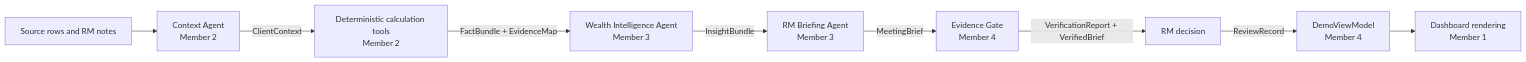
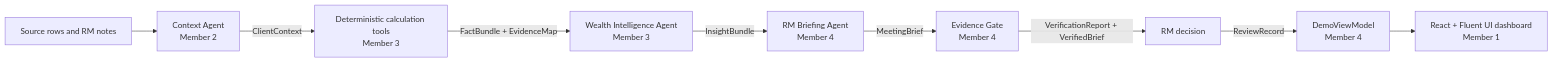
The second of 4 diagrams in docs/PRD_TEAMS_RM_INTELLIGENCE.md (choiwab/SingHacks-2026), drawn with Mermaid before and after one commit. The commit also changed other lines of this file and 5 other files, not shown here.

Commit message:
docs: align team ownership with node flow

````diff
--- a/docs/PRD_TEAMS_RM_INTELLIGENCE.md
+++ b/docs/PRD_TEAMS_RM_INTELLIGENCE.md
@@ -440,11 +442,11 @@
 ```mermaid
 flowchart LR
     A[Source rows and RM notes] --> B[Context Agent<br/>Member 2]
-    B -->|ClientContext| C[Deterministic calculation tools<br/>Member 2]
+    B -->|ClientContext| C[Deterministic calculation tools<br/>Member 3]
     C -->|FactBundle + EvidenceMap| D[Wealth Intelligence Agent<br/>Member 3]
-    D -->|InsightBundle| E[RM Briefing Agent<br/>Member 3]
+    D -->|InsightBundle| E[RM Briefing Agent<br/>Member 4]
     E -->|MeetingBrief| F[Evidence Gate<br/>Member 4]
     F -->|VerificationReport + VerifiedBrief| G[RM decision]
     G -->|ReviewRecord| H[DemoViewModel<br/>Member 4]
-    H --> I[Dashboard rendering<br/>Member 1]
+    H --> I[React + Fluent UI dashboard<br/>Member 1]
 ```
````
